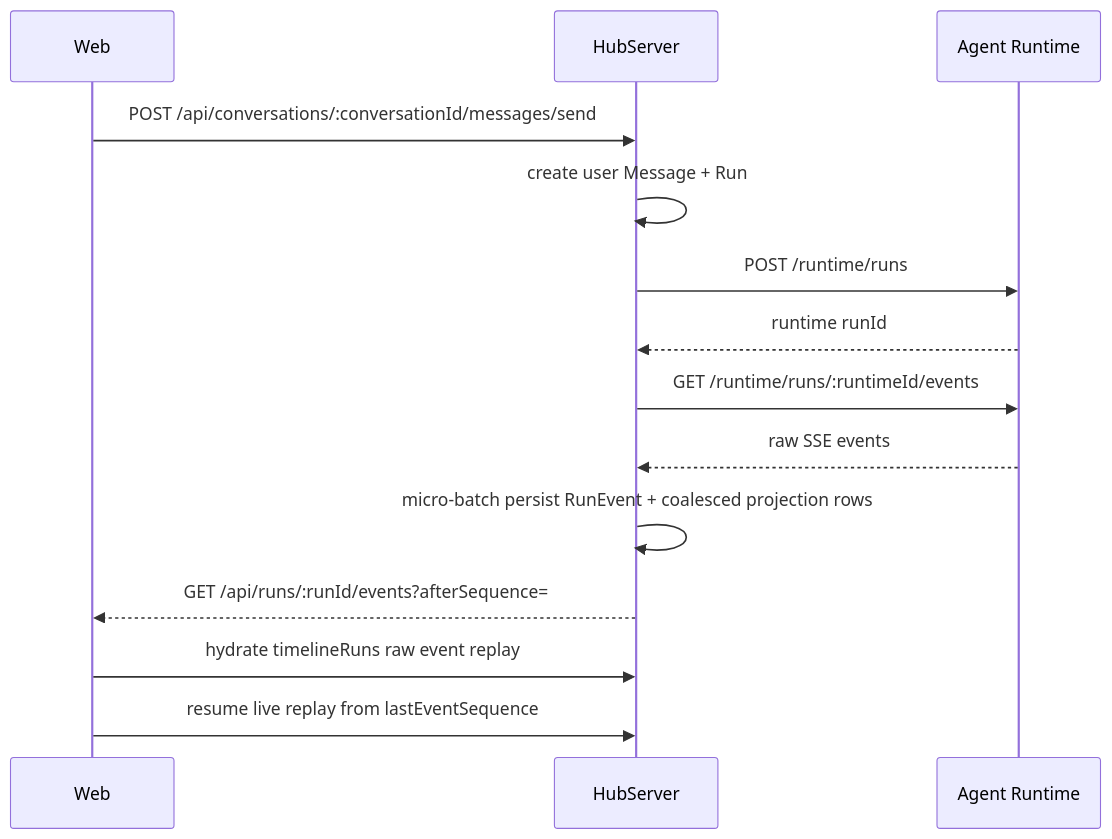
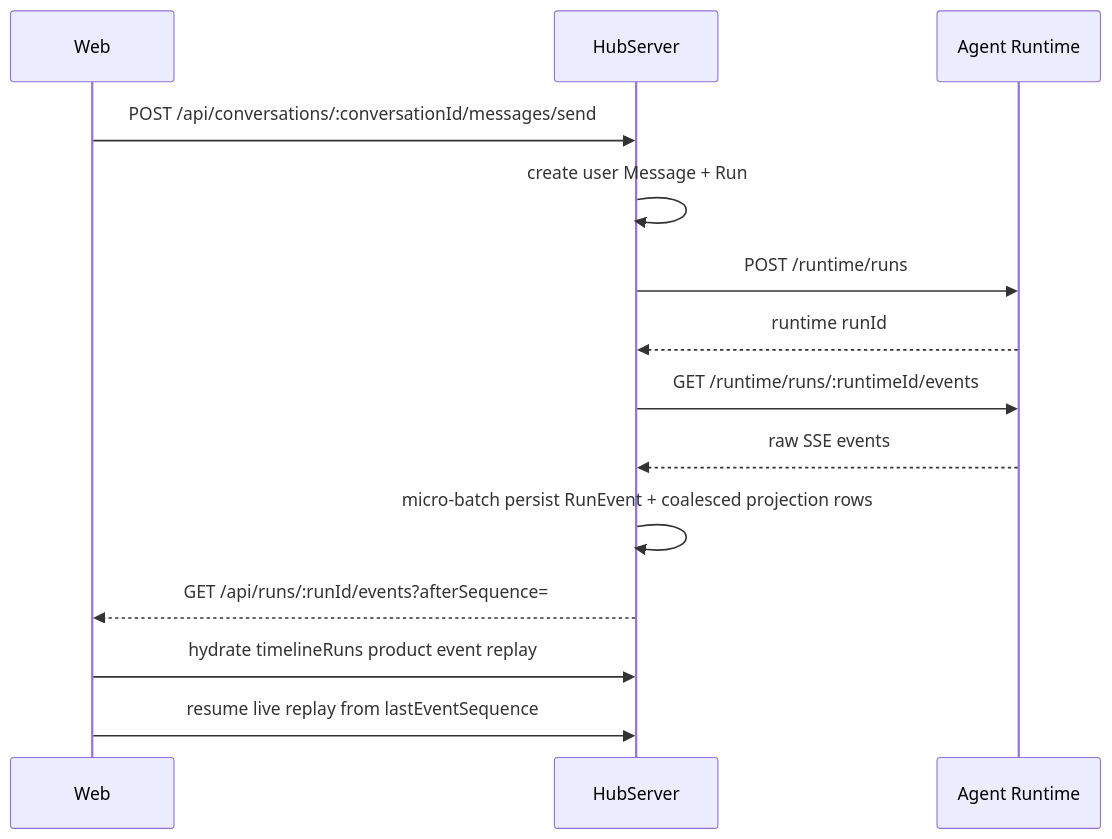
Before and after one commit to GuqierMcl/AgentHub: the diagram in docs/architecture/RUN_PERSISTENCE_AND_STREAMING.md, drawn with Mermaid. The commit also changed other lines of this file and 19 other files, not shown here.

````diff
--- a/docs/architecture/RUN_PERSISTENCE_AND_STREAMING.md
+++ b/docs/architecture/RUN_PERSISTENCE_AND_STREAMING.md
@@ -7,17 +7,17 @@
 ```mermaid
 sequenceDiagram
   participant Web
   participant Hub as HubServer
   participant Run as Agent Runtime
 
   Web->>Hub: POST /api/conversations/:conversationId/messages/send
   Hub->>Hub: create user Message + Run
   Hub->>Run: POST /runtime/runs
   Run-->>Hub: runtime runId
   Hub->>Run: GET /runtime/runs/:runtimeId/events
   Run-->>Hub: raw SSE events
   Hub->>Hub: micro-batch persist RunEvent + coalesced projection rows
   Hub-->>Web: GET /api/runs/:runId/events?afterSequence=
-  Web->>Hub: hydrate timelineRuns raw event replay
+  Web->>Hub: hydrate timelineRuns product event replay
   Web->>Hub: resume live replay from lastEventSequence
 ```
````
